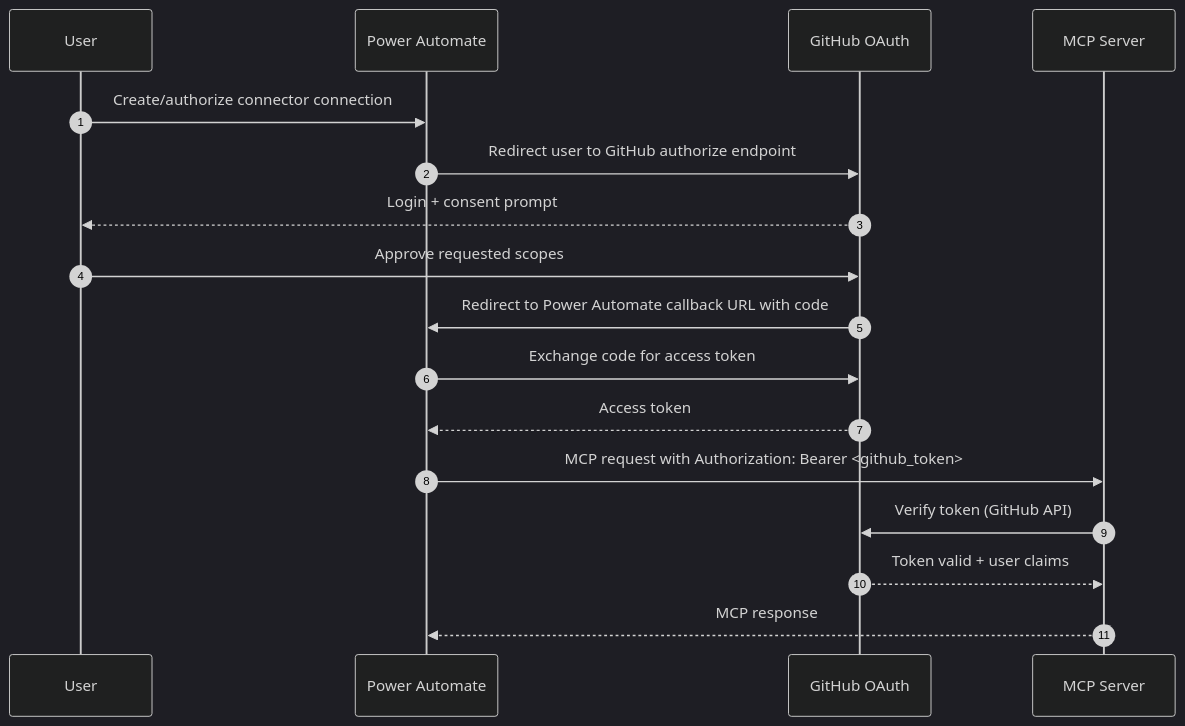
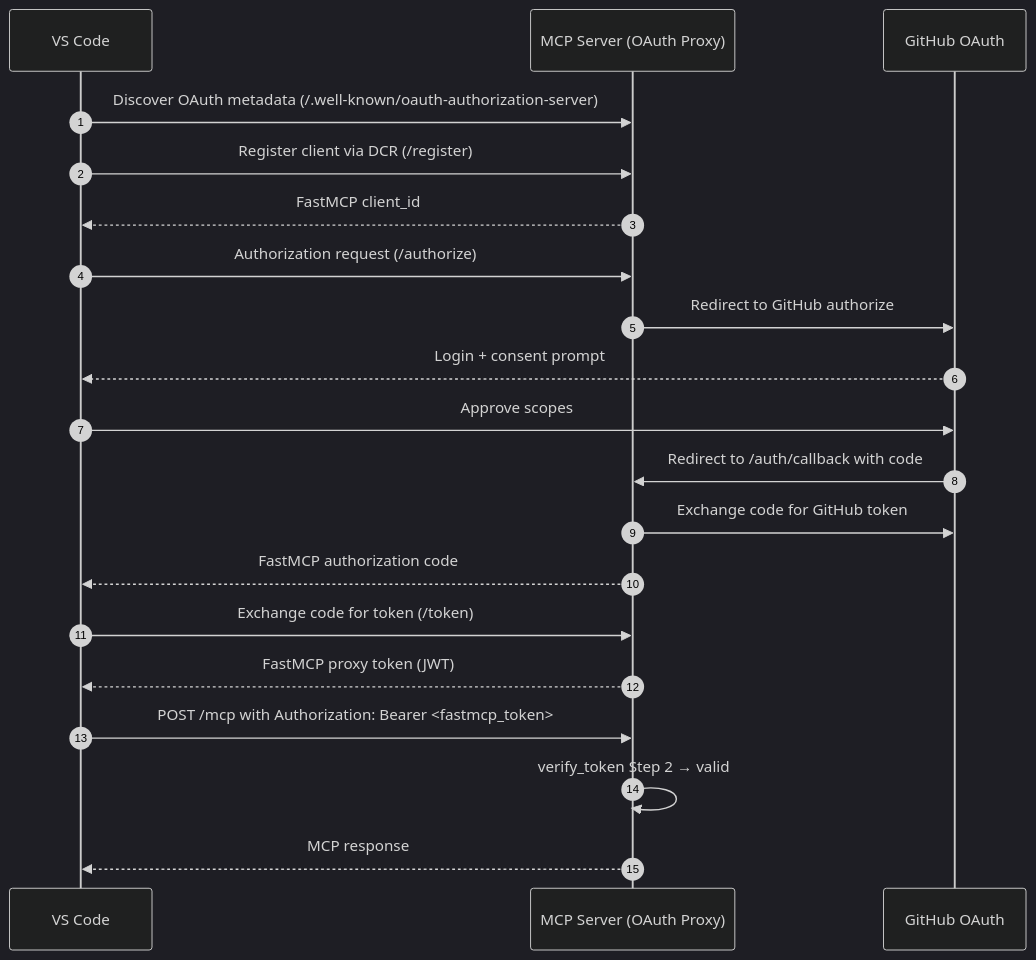
Before and after one commit to lqdflying/githubmcp: the first of 2 diagrams in docs/oauth-callback-workflows.md, drawn with Mermaid (dark theme). The commit also changed other lines of this file and 1 other file, not shown here.

First line of the commit message:
Add raw GitHub token fallback and update OAuth workflow docs

````diff
--- a/docs/oauth-callback-workflows.md
+++ b/docs/oauth-callback-workflows.md
@@ -12,20 +50,23 @@
 ```mermaid
 sequenceDiagram
     autonumber
-    participant U as User
-    participant PA as Power Automate
+    participant C as VS Code
+    participant MCP as MCP Server (OAuth Proxy)
     participant GH as GitHub OAuth
-    participant MCP as MCP Server
 
-    U->>PA: Create/authorize connector connection
-    PA->>GH: Redirect user to GitHub authorize endpoint
-    GH-->>U: Login + consent prompt
-    U->>GH: Approve requested scopes
-    GH->>PA: Redirect to Power Automate callback URL with code
-    PA->>GH: Exchange code for access token
-    GH-->>PA: Access token
-    PA->>MCP: MCP request with Authorization: Bearer <github_token>
-    MCP->>GH: Verify token (GitHub API)
-    GH-->>MCP: Token valid + user claims
-    MCP-->>PA: MCP response
+    C->>MCP: Discover OAuth metadata (/.well-known/oauth-authorization-server)
+    C->>MCP: Register client via DCR (/register)
+    MCP-->>C: FastMCP client_id
+    C->>MCP: Authorization request (/authorize)
+    MCP->>GH: Redirect to GitHub authorize
+    GH-->>C: Login + consent prompt
+    C->>GH: Approve scopes
+    GH->>MCP: Redirect to /auth/callback with code
+    MCP->>GH: Exchange code for GitHub token
+    MCP-->>C: FastMCP authorization code
+    C->>MCP: Exchange code for token (/token)
+    MCP-->>C: FastMCP proxy token (JWT)
+    C->>MCP: POST /mcp with Authorization: Bearer <fastmcp_token>
+    MCP->>MCP: verify_token Step 2 → valid
+    MCP-->>C: MCP response
 ```
````
